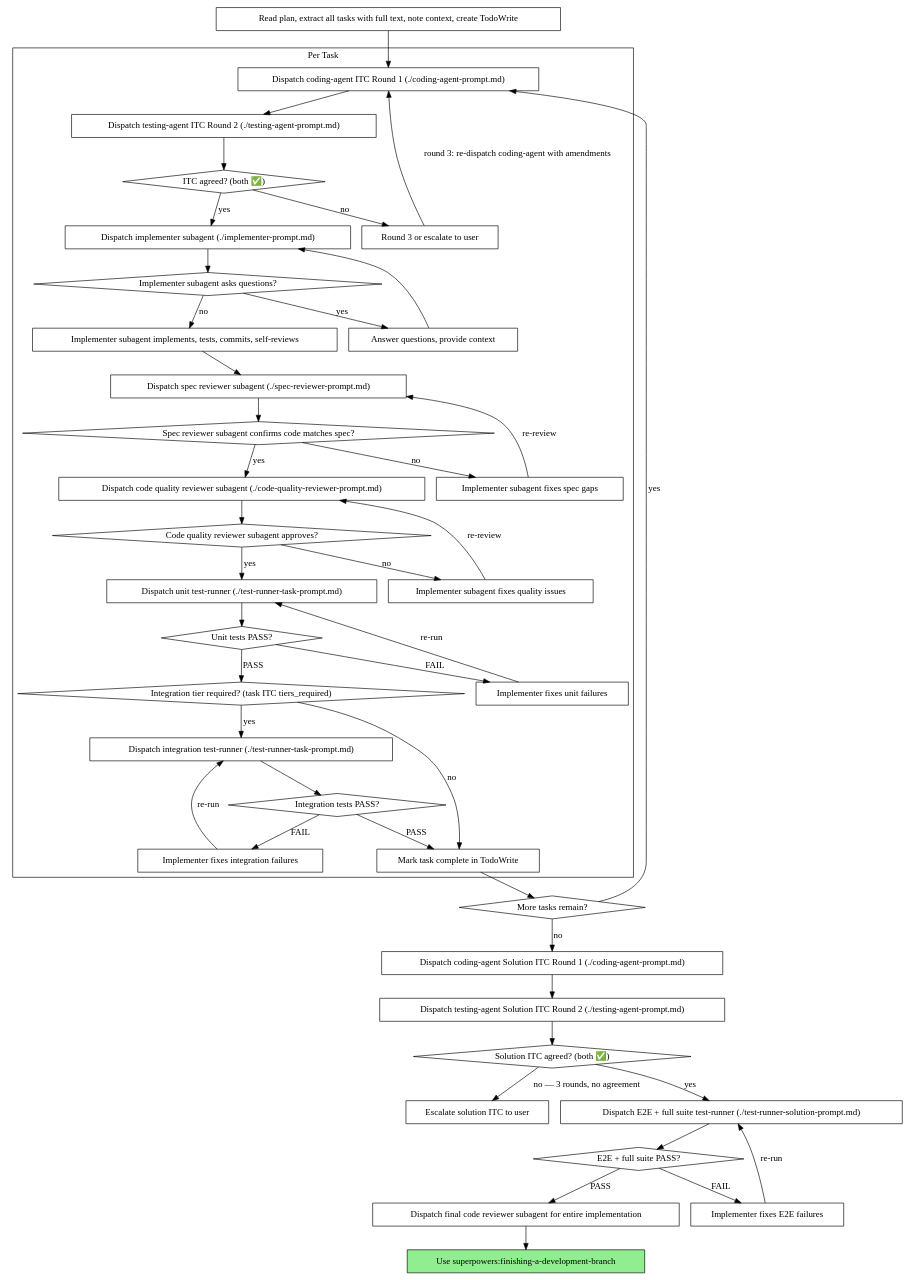
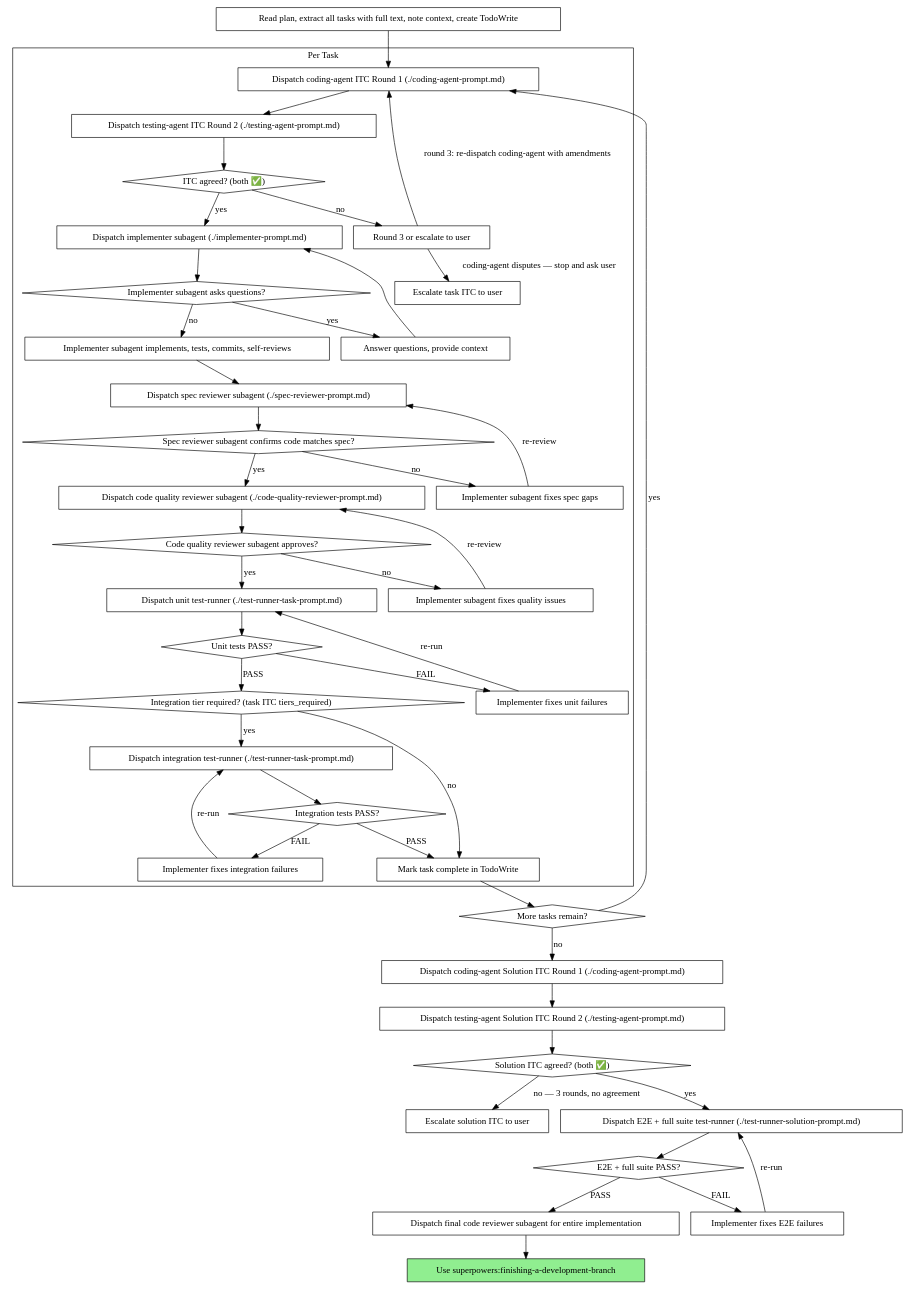
The second of 2 diagrams in skills/subagent-driven-development/SKILL.md (truongnn-ai/superpowers-dev), drawn with Graphviz before and after one commit. The commit also changed other lines of this file, not shown here.

Commit message:
fix: address code review issues in SKILL.md — task ITC escalation path, solution ITC round 3 clarity, stale descriptions, example workflow

```diff
--- a/skills/subagent-driven-development/SKILL.md
+++ b/skills/subagent-driven-development/SKILL.md
@@ -49,6 +51,7 @@
         "Dispatch testing-agent ITC Round 2 (./testing-agent-prompt.md)" [shape=box];
         "ITC agreed? (both ✅)" [shape=diamond];
         "Round 3 or escalate to user" [shape=box];
+        "Escalate task ITC to user" [shape=box];
         "Dispatch implementer subagent (./implementer-prompt.md)" [shape=box];
         "Implementer subagent asks questions?" [shape=diamond];
         "Answer questions, provide context" [shape=box];
@@ -87,6 +90,7 @@
     "ITC agreed? (both ✅)" -> "Dispatch implementer subagent (./implementer-prompt.md)" [label="yes"];
     "ITC agreed? (both ✅)" -> "Round 3 or escalate to user" [label="no"];
     "Round 3 or escalate to user" -> "Dispatch coding-agent ITC Round 1 (./coding-agent-prompt.md)" [label="round 3: re-dispatch coding-agent with amendments"];
+    "Round 3 or escalate to user" -> "Escalate task ITC to user" [label="coding-agent disputes — stop and ask user"];
     "Dispatch implementer subagent (./implementer-prompt.md)" -> "Implementer subagent asks questions?";
     "Implementer subagent asks questions?" -> "Answer questions, provide context" [label="yes"];
     "Answer questions, provide context" -> "Dispatch implementer subagent (./implementer-prompt.md)";
```
